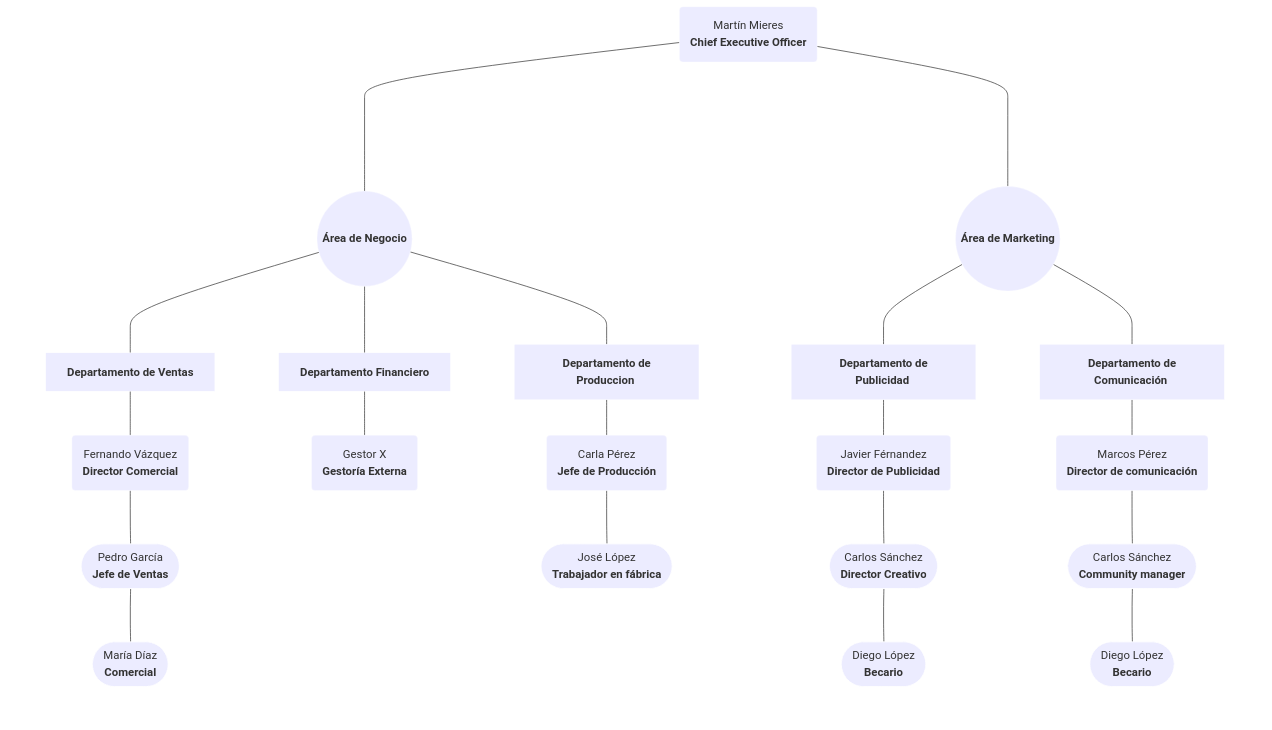
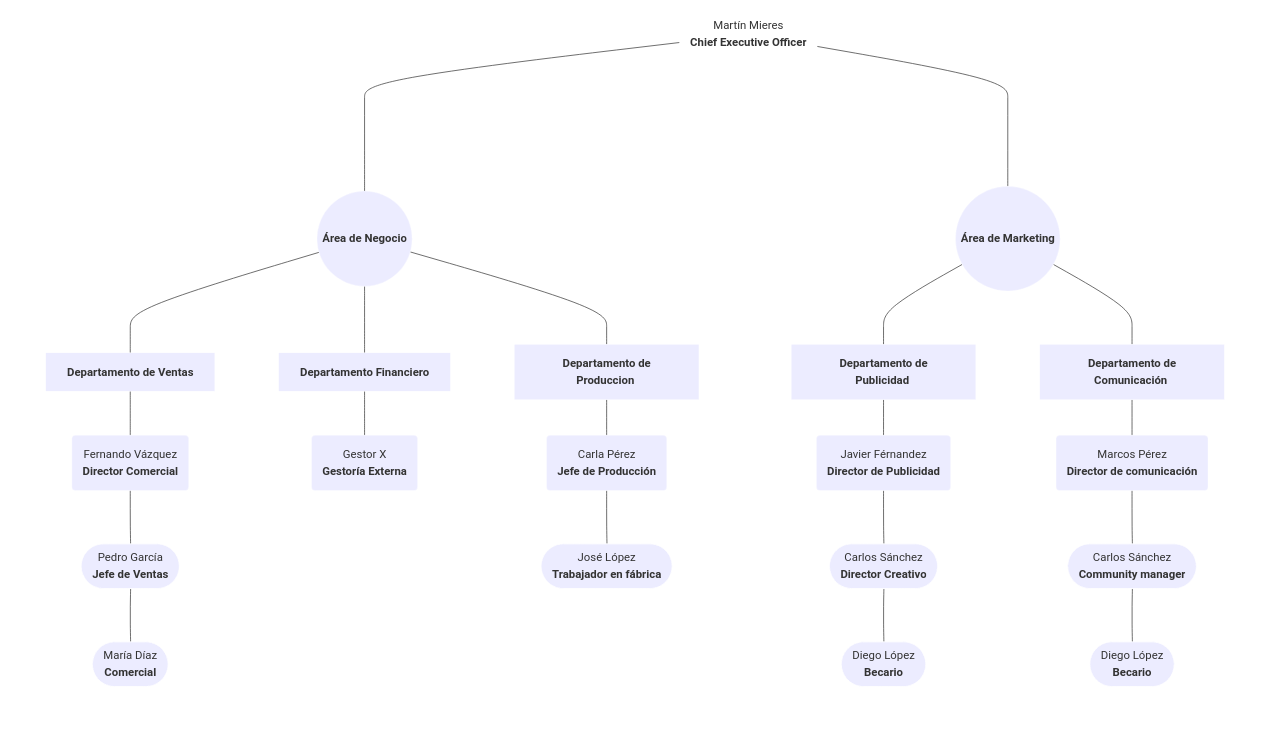
The diagram in README.md (MiguelEstebanG/diagram), drawn with Mermaid before and after one commit.

```diff
--- a/README.md
+++ b/README.md
@@ -4,7 +4,7 @@
 
 graph TD;
 
-    classDef integrantes fill:#ff, stroke:#fff, stroke-width:0.5px;
+    classDef integrantes fill:none, stroke:#fff, stroke-width:0.5px;
     classDef departamento fill:none, stroke:none;
     classDef area fill:#ff, stroke:#fff, stroke-width:0.5px;
     classDef subdpto fill:#ff, stroke:#fff, stroke-width:0.5px; 
```
